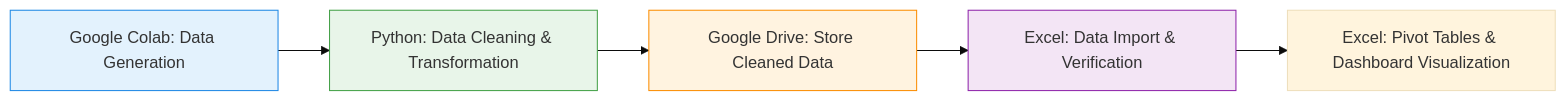
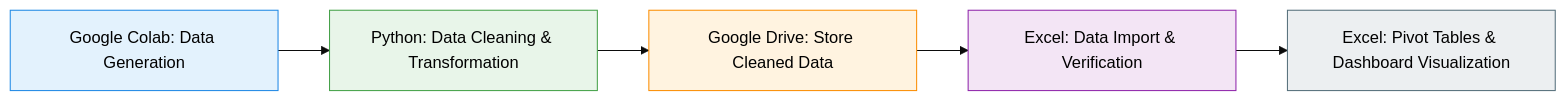
The diagram in README.md (coolmich0904/YouTube_Family_Plan_Policy_Chang_Impact_Analysis), drawn with Mermaid (base theme) before and after one commit.

````diff
--- a/README.md
+++ b/README.md
@@ -36,12 +36,13 @@
 ```mermaid
 graph LR
     A[Google Colab: Data Generation] --> B[Python: Data Cleaning & Transformation]
     B --> C[Google Drive: Store Cleaned Data]
     C --> D[Excel: Data Import & Verification]
     D --> E[Excel: Pivot Tables & Dashboard Visualization]
 
-    style A fill:#E3F2FD,stroke:#1E88E5
-    style B fill:#E8F5E9,stroke:#43A047
-    style C fill:#FFF3E0,stroke:#FB8C00
-    style D fill:#F3E5F5,stroke:#8E24AA  
+    style A fill:#E3F2FD,stroke:#1E88E5,color:#000000
+    style B fill:#E8F5E9,stroke:#43A047,color:#000000
+    style C fill:#FFF3E0,stroke:#FB8C00,color:#000000
+    style D fill:#F3E5F5,stroke:#8E24AA,color:#000000
+    style E fill:#ECEFF1,stroke:#546E7A,color:#000000  
 ```
````
